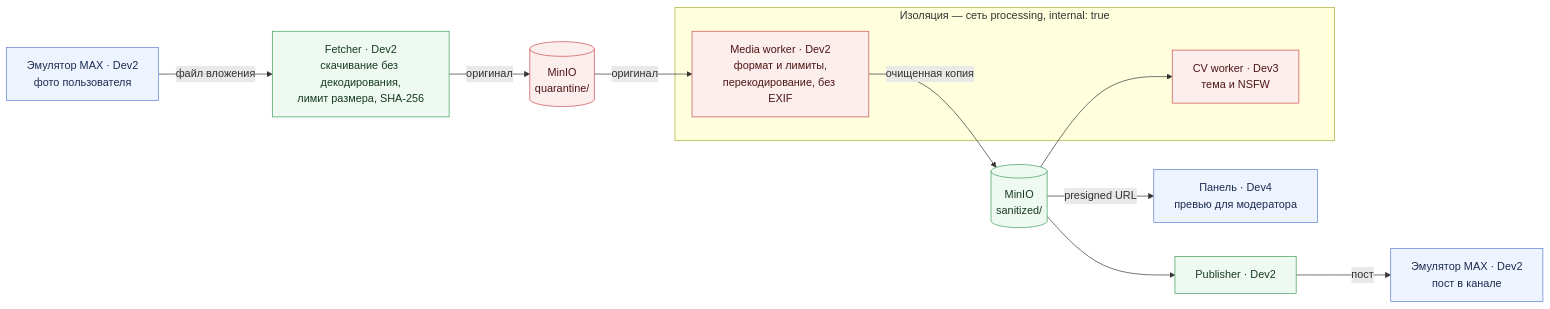
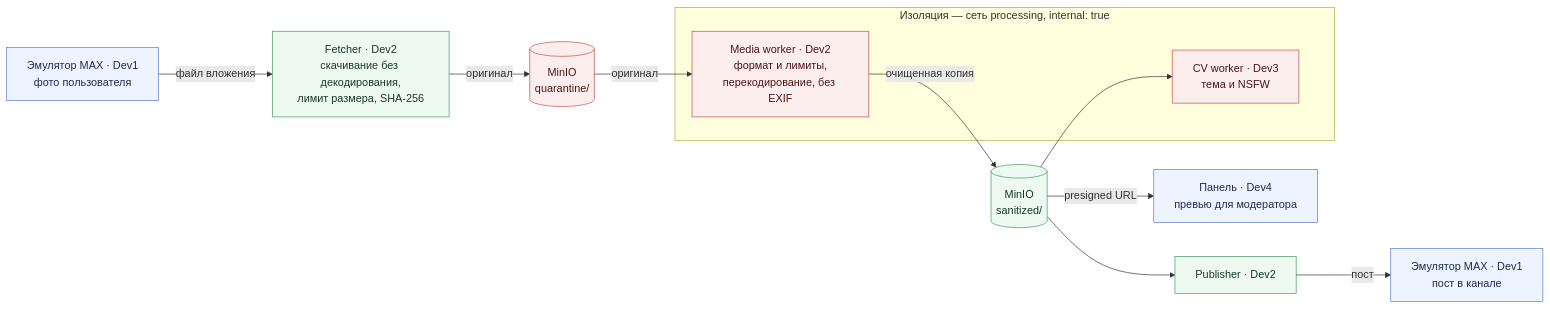
One commit to MIvi-test/vision-shield-bot changed the first of 5 diagrams in docs/mvp.md. Above: the diagram before and after it, drawn with Mermaid. The commit also changed other lines of this file and 6 other files, not shown here.

````diff
--- a/docs/mvp.md
+++ b/docs/mvp.md
@@ -31,35 +31,35 @@
 ```mermaid
 flowchart LR
-    EMU_IN["Эмулятор MAX · Dev2<br/>фото пользователя"]
+    EMU_IN["Эмулятор MAX · Dev1<br/>фото пользователя"]
     FETCH["Fetcher · Dev2<br/>скачивание без декодирования,<br/>лимит размера, SHA-256"]
     QUAR[("MinIO<br/>quarantine/")]
     SAN[("MinIO<br/>sanitized/")]
     UI["Панель · Dev4<br/>превью для модератора"]
     PUB["Publisher · Dev2"]
-    EMU_CH["Эмулятор MAX · Dev2<br/>пост в канале"]
+    EMU_CH["Эмулятор MAX · Dev1<br/>пост в канале"]
 
     subgraph ISO["Изоляция — сеть processing, internal: true"]
         MEDIA["Media worker · Dev2<br/>формат и лимиты,<br/>перекодирование, без EXIF"]
         CV["CV worker · Dev3<br/>тема и NSFW"]
     end
 
     EMU_IN -- файл вложения --> FETCH
     FETCH -- оригинал --> QUAR
     QUAR -- оригинал --> MEDIA
     MEDIA -- очищенная копия --> SAN
     SAN --> CV
     SAN -- presigned URL --> UI
     SAN --> PUB
     PUB -- пост --> EMU_CH
 
     classDef ext fill:#eef4ff,stroke:#5b7bd5,color:#1d2b4f
     classDef be fill:#eefaf1,stroke:#3d9a5b,color:#173a22
     classDef untrusted fill:#fdeeee,stroke:#c94b4b,color:#4d1515
     classDef trusted fill:#eefaf1,stroke:#3d9a5b,color:#173a22
     classDef proc fill:#fdeeee,stroke:#c94b4b,color:#4d1515
     class EMU_IN,EMU_CH,UI ext
     class FETCH,PUB be
     class QUAR untrusted
     class SAN trusted
     class MEDIA,CV proc
 ```
````
